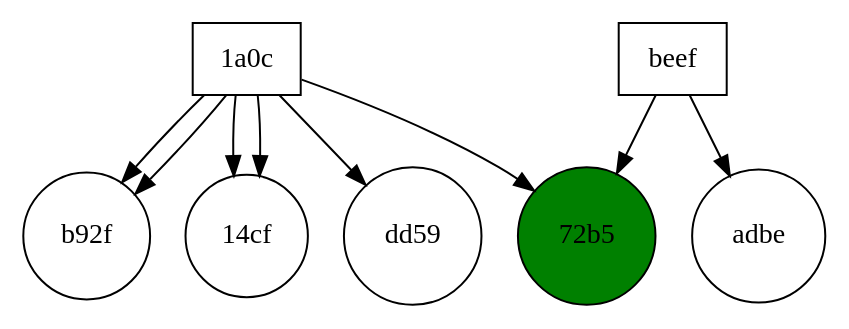
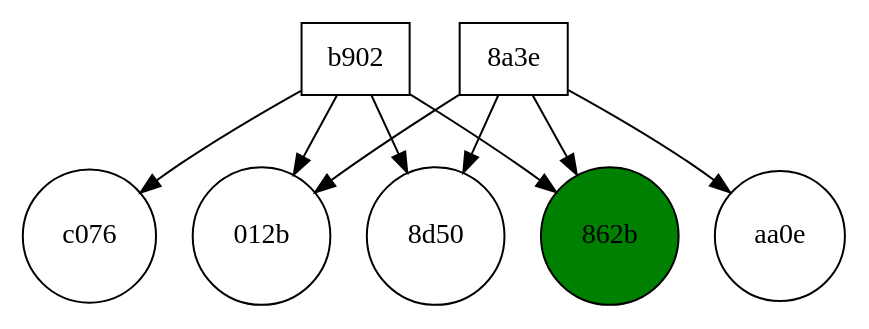
One commit to ziyadalrasbi/F20SC-CW2 changed the diagram in doctest-output/visitor.gv. Above: the diagram before and after it, drawn with Graphviz. The commit also changed 1 other file, not shown here.

```diff
--- a/doctest-output/visitor.gv
+++ b/doctest-output/visitor.gv
@@ -1,27 +1,32 @@
 digraph visitor {
 	graph [rank=min]
 	node [shape=rectangle]
-	"4108dc09bfe11a0c" [label="1a0c" fillcolor=white shape=rectangle style=filled]
-	"4108dc09bfe11a0c" -> "100806172045-0000000081705fbea3553bd0d745b92f"
-	"4108dc09bfe11a0c" -> "101122221951-00000000a695c340822e61891c8f14cf"
-	"4108dc09bfe11a0c" -> "100405170355-00000000ee4bfd24d2ff703b9147dd59"
-	"4108dc09bfe11a0c" -> "100806172045-0000000081705fbea3553bd0d745b92f"
-	"4108dc09bfe11a0c" -> "100806162735-00000000115598650cb8b514246272b5"
-	"4108dc09bfe11a0c" -> "101122221951-00000000a695c340822e61891c8f14cf"
-	"00000000deadbeef" [label=beef fillcolor=white shape=rectangle style=filled]
-	"00000000deadbeef" -> "100806162735-00000000115598650cb8b514246272b5"
-	"00000000deadbeef" -> "aaaaaaaaaaaa-00000000df1ad06a86c40000000feadbe"
+	"4065369dbee2b902" [label=b902 fillcolor=white shape=rectangle style=filled]
+	"4065369dbee2b902" -> "140310171114-00000000950ae9deb4faca996b0ec076"
+	"4065369dbee2b902" -> "140310171030-000000008b8d98e95ac0797e7fdb012b"
+	"4065369dbee2b902" -> "140310171202-000000002e5a8ff1f577548fec708d50"
+	"4065369dbee2b902" -> "140310170010-0000000067dc80801f1df696ae52862b"
+	"3c01241d5c3a8a3e" [label="8a3e" fillcolor=white shape=rectangle style=filled]
+	"3c01241d5c3a8a3e" -> "140310165657-0000000068d21bb99dec3ad6ee60aa0e"
+	"3c01241d5c3a8a3e" -> "140310171030-000000008b8d98e95ac0797e7fdb012b"
+	"3c01241d5c3a8a3e" -> "140310171202-000000002e5a8ff1f577548fec708d50"
+	"3c01241d5c3a8a3e" -> "140310170010-0000000067dc80801f1df696ae52862b"
 	subgraph document {
 		graph [rank=max]
 		node [shape=circle]
-		"100405170355-00000000ee4bfd24d2ff703b9147dd59" [label=dd59 fillcolor=white shape=circle style=filled]
-		"100806162735-00000000115598650cb8b514246272b5" [label="72b5" fillcolor=green shape=circle style=filled]
-		"100806162735-00000000115598650cb8b514246272b5" [label="72b5" fillcolor=green shape=circle style=filled]
-		"100806172045-0000000081705fbea3553bd0d745b92f" [label=b92f fillcolor=white shape=circle style=filled]
-		"101122221951-00000000a695c340822e61891c8f14cf" [label="14cf" fillcolor=white shape=circle style=filled]
-		"100405170355-00000000ee4bfd24d2ff703b9147dd59" [label=dd59 fillcolor=white shape=circle style=filled]
-		"100806172045-0000000081705fbea3553bd0d745b92f" [label=b92f fillcolor=white shape=circle style=filled]
-		"101122221951-00000000a695c340822e61891c8f14cf" [label="14cf" fillcolor=white shape=circle style=filled]
-		"aaaaaaaaaaaa-00000000df1ad06a86c40000000feadbe" [label=adbe fillcolor=white shape=circle style=filled]
+		"140310165657-0000000068d21bb99dec3ad6ee60aa0e" [label=aa0e fillcolor=white shape=circle style=filled]
+		"140310170010-0000000067dc80801f1df696ae52862b" [label="862b" fillcolor=green shape=circle style=filled]
+		"140310170010-0000000067dc80801f1df696ae52862b" [label="862b" fillcolor=green shape=circle style=filled]
+		"140310171030-000000008b8d98e95ac0797e7fdb012b" [label="012b" fillcolor=white shape=circle style=filled]
+		"140310171030-000000008b8d98e95ac0797e7fdb012b" [label="012b" fillcolor=white shape=circle style=filled]
+		"140310171114-00000000950ae9deb4faca996b0ec076" [label=c076 fillcolor=white shape=circle style=filled]
+		"140310171202-000000002e5a8ff1f577548fec708d50" [label="8d50" fillcolor=white shape=circle style=filled]
+		"140310171202-000000002e5a8ff1f577548fec708d50" [label="8d50" fillcolor=white shape=circle style=filled]
+		"140310171114-00000000950ae9deb4faca996b0ec076" [label=c076 fillcolor=white shape=circle style=filled]
+		"140310171030-000000008b8d98e95ac0797e7fdb012b" [label="012b" fillcolor=white shape=circle style=filled]
+		"140310171202-000000002e5a8ff1f577548fec708d50" [label="8d50" fillcolor=white shape=circle style=filled]
+		"140310165657-0000000068d21bb99dec3ad6ee60aa0e" [label=aa0e fillcolor=white shape=circle style=filled]
+		"140310171030-000000008b8d98e95ac0797e7fdb012b" [label="012b" fillcolor=white shape=circle style=filled]
+		"140310171202-000000002e5a8ff1f577548fec708d50" [label="8d50" fillcolor=white shape=circle style=filled]
 	}
 }
```
